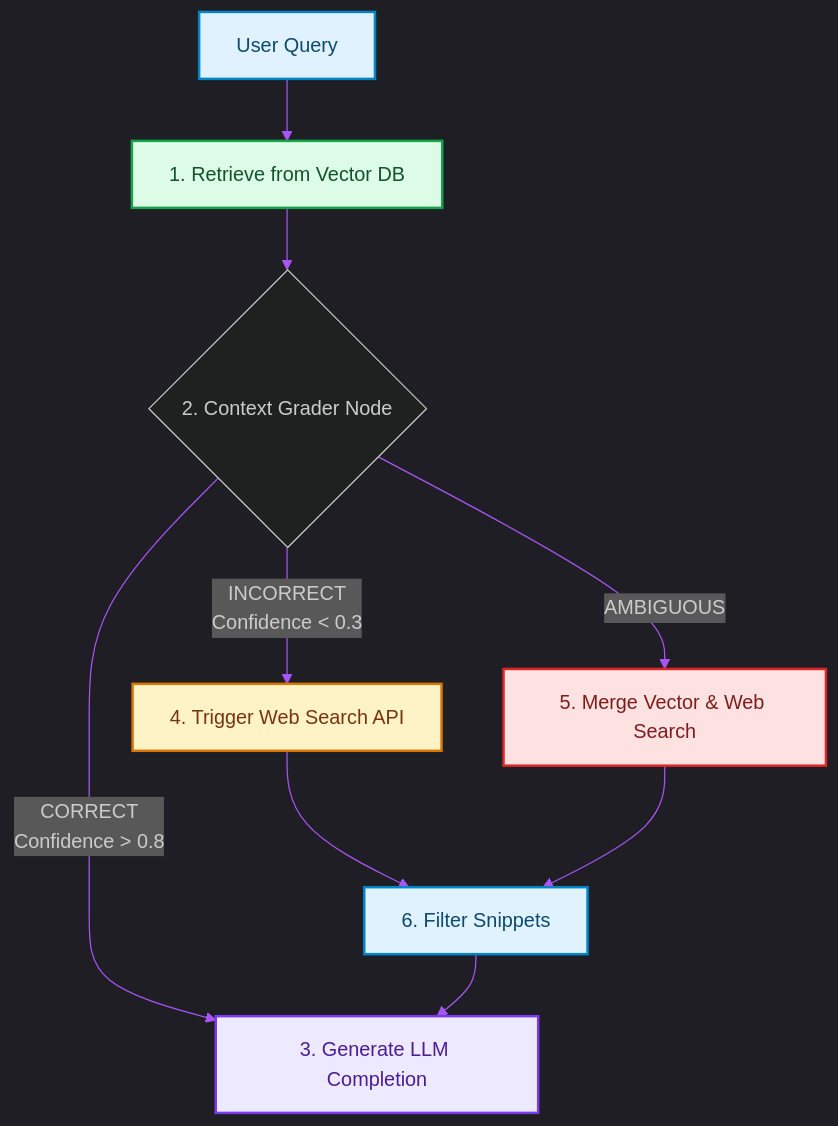
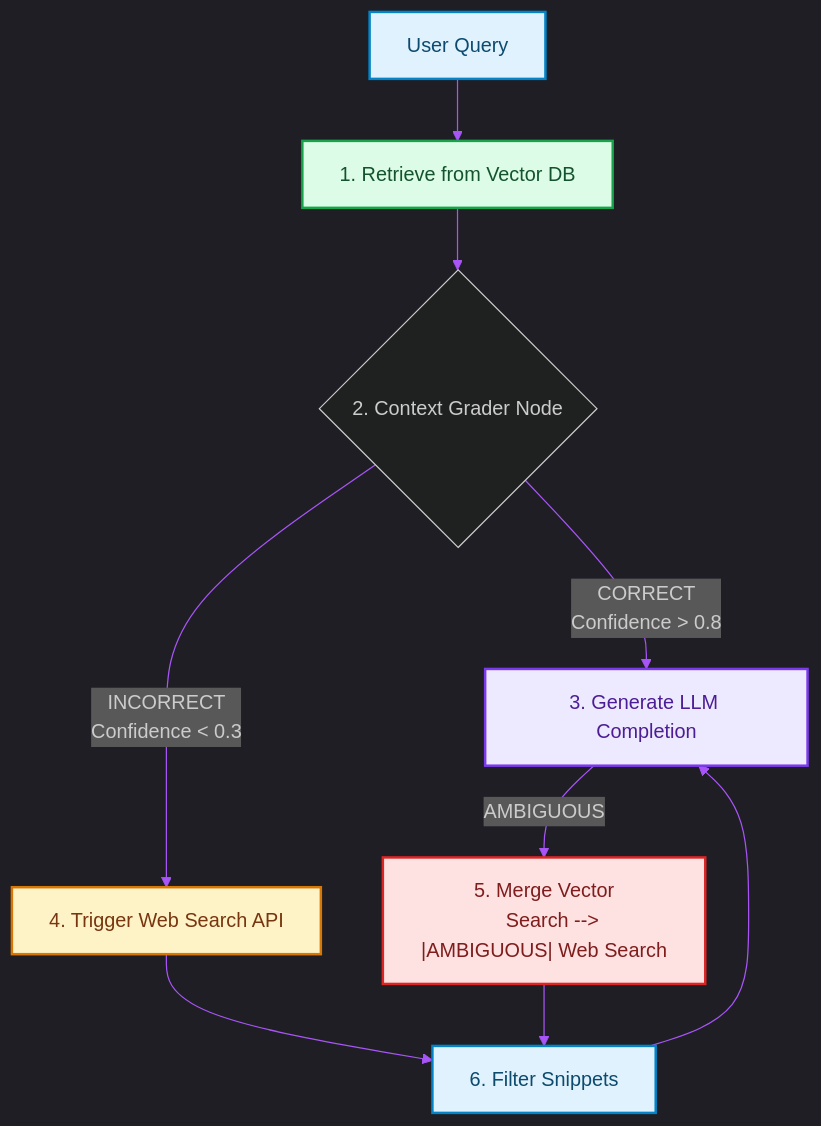
The diagram in blog/posts/self-reflective-rag-corrective-search-loops.md (akmalkhaniub/akmalkhaniub.github.io), drawn with Mermaid before and after one commit. The commit also changed other lines of this file and 894 other files, not shown here.

Commit message:
feat(blog): upgrade all 444 posts with unique staggered dates, 2-col Mermaid spines, benchmark tables, code blocks, and trade-offs

````diff
--- a/blog/posts/self-reflective-rag-corrective-search-loops.md
+++ b/blog/posts/self-reflective-rag-corrective-search-loops.md
@@ -16,25 +16,26 @@
 ```mermaid
 %%{init: {'theme': 'dark', 'themeVariables': { 'primaryColor': '#a855f7', 'primaryTextColor': '#f3f4f6', 'primaryBorderColor': '#c084fc', 'lineColor': '#a855f7', 'secondaryColor': '#111827', 'tertiaryColor': '#0b0f19'}}}%%
 flowchart TD
     Query["User Query"] --> Retrieve["1. Retrieve from Vector DB"]
     Retrieve --> Grader{2. Context Grader Node}
     
     Grader -->|CORRECT <br> Confidence > 0.8| Generate["3. Generate LLM Completion"]
     Grader -->|INCORRECT <br> Confidence < 0.3| Search["4. Trigger Web Search API"]
-    Grader -->|AMBIGUOUS| Hybrid["5. Merge Vector & Web Search"]
+    Generate --> |AMBIGUOUS| Hybrid["5. Merge Vector
+    Search --> |AMBIGUOUS| Web Search"]
     
     Search --> Filter["6. Filter Snippets"]
     Hybrid --> Filter
     Filter --> Generate
 
 classDef green fill:#dcfce7,stroke:#16a34a,stroke-width:2px,color:#14532d;
 classDef red fill:#fee2e2,stroke:#dc2626,stroke-width:2px,color:#7f1d1d;
 classDef blue fill:#e0f2fe,stroke:#0284c7,stroke-width:2px,color:#0c4a6e;
 classDef yellow fill:#fef3c7,stroke:#d97706,stroke-width:2px,color:#78350f;
 classDef purple fill:#ede9fe,stroke:#7c3aed,stroke-width:2px,color:#4c1d95;
 class Query,Filter blue
 class Retrieve green
 class Generate purple
 class Search yellow
 class Hybrid red
 ```
````
